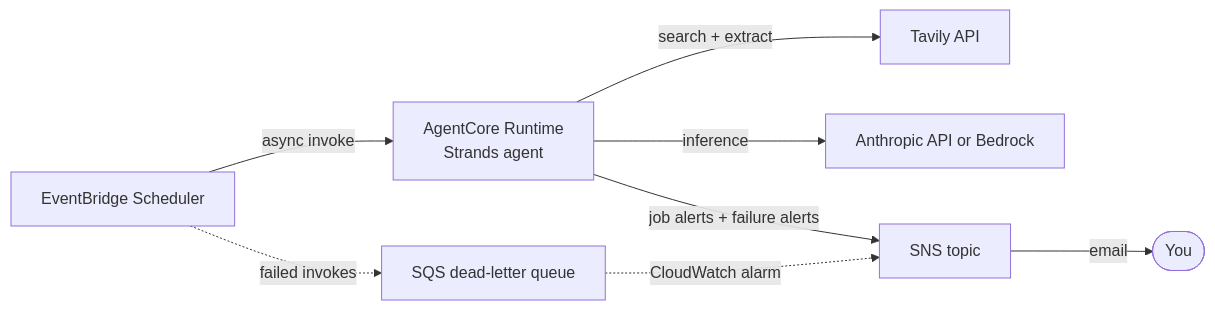
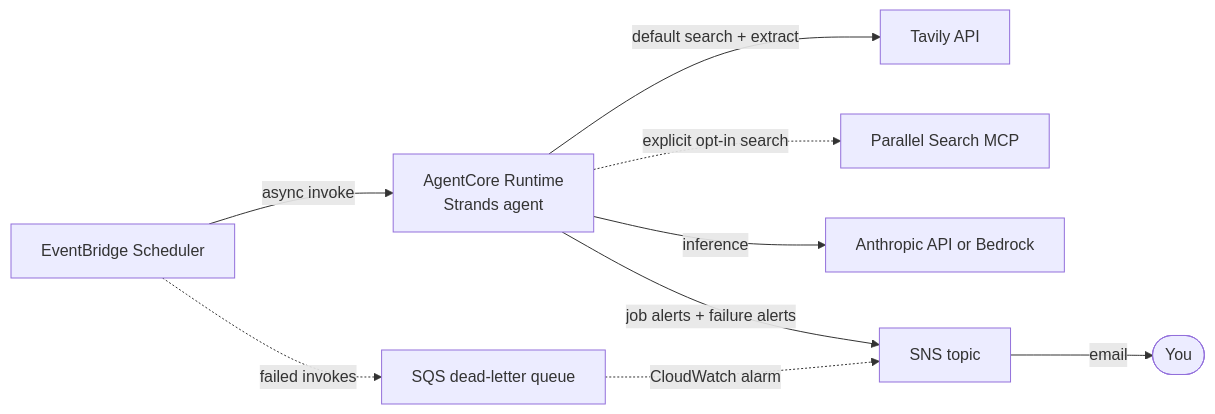
Before and after one commit to deeheber/job-search-agent: the diagram in README.md, drawn with Mermaid. The commit also changed other lines of this file and 3 other files, not shown here.

Commit message:
Add opt-in Parallel web search

````diff
--- a/README.md
+++ b/README.md
@@ -65,10 +69,11 @@
 ```mermaid
 flowchart LR
     Scheduler[EventBridge Scheduler] -->|async invoke| Runtime[AgentCore Runtime<br/>Strands agent]
     Scheduler -.->|failed invokes| DLQ[SQS dead-letter queue]
-    Runtime -->|search + extract| Tavily[Tavily API]
+    Runtime -->|default search + extract| Tavily[Tavily API]
+    Runtime -.->|explicit opt-in search| Parallel[Parallel Search MCP]
     Runtime -->|inference| Model[Anthropic API or Bedrock]
     Runtime -->|job alerts + failure alerts| Topic[SNS topic]
     DLQ -.->|CloudWatch alarm| Topic
     Topic -->|email| You([You])
 ```
````
